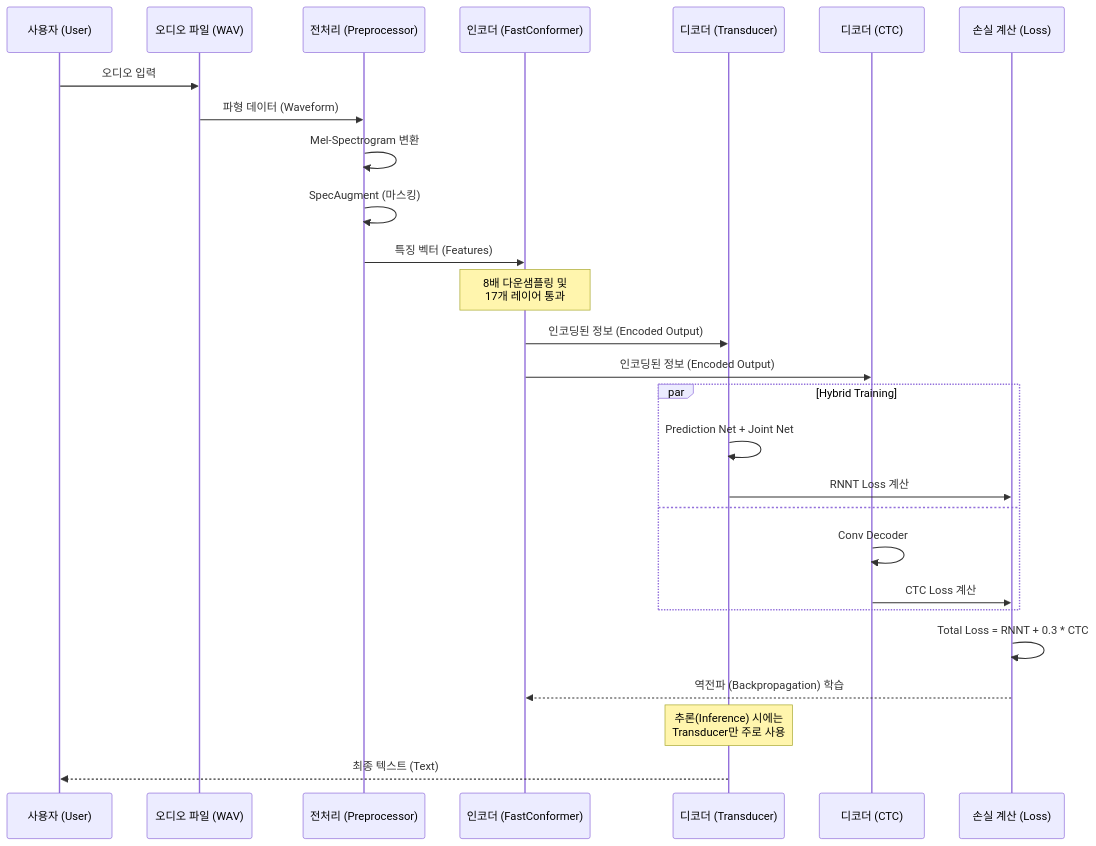
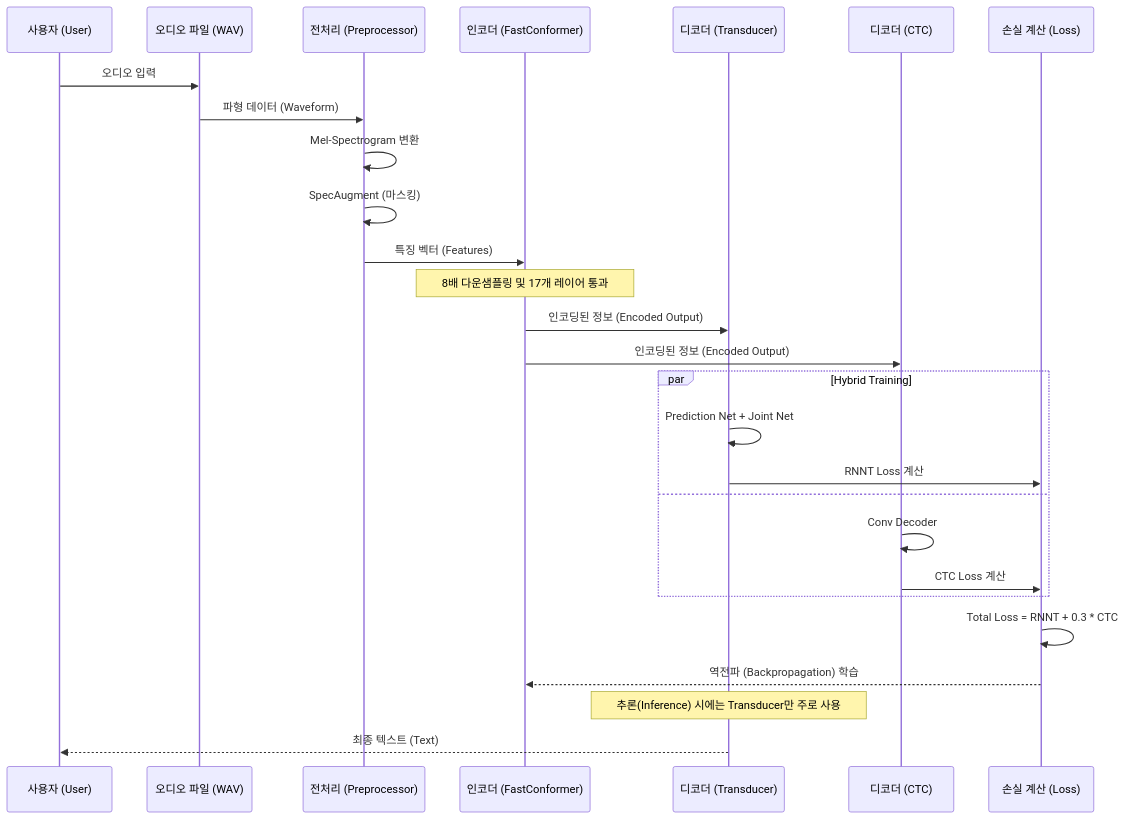
Before and after one commit to andrewjang74/NeMo: the second of 2 diagrams in docs/fastconformer_hybrid/FastConformer_Hybrid_Transducer_CTC_Design.md, drawn with Mermaid. The commit also changed other lines of this file, not shown here.

Commit message:
fix: Resolve Mermaid diagram parsing errors by replacing HTML br tags with proper syntax

````diff
--- a/docs/fastconformer_hybrid/FastConformer_Hybrid_Transducer_CTC_Design.md
+++ b/docs/fastconformer_hybrid/FastConformer_Hybrid_Transducer_CTC_Design.md
@@ -98,34 +98,34 @@
 ```mermaid
 sequenceDiagram
     participant User as 사용자 (User)
     participant Audio as 오디오 파일 (WAV)
     participant Prep as 전처리 (Preprocessor)
     participant Enc as 인코더 (FastConformer)
     participant Dec_RNNT as 디코더 (Transducer)
     participant Dec_CTC as 디코더 (CTC)
     participant Loss as 손실 계산 (Loss)
 
     User->>Audio: 오디오 입력
     Audio->>Prep: 파형 데이터 (Waveform)
     Prep->>Prep: Mel-Spectrogram 변환
     Prep->>Prep: SpecAugment (마스킹)
     Prep->>Enc: 특징 벡터 (Features)
     
-    Note over Enc: 8배 다운샘플링 및<br/>17개 레이어 통과
+    Note over Enc: 8배 다운샘플링 및#10;17개 레이어 통과
     Enc->>Dec_RNNT: 인코딩된 정보 (Encoded Output)
     Enc->>Dec_CTC: 인코딩된 정보 (Encoded Output)
     
     par Hybrid Training
         Dec_RNNT->>Dec_RNNT: Prediction Net + Joint Net
         Dec_RNNT->>Loss: RNNT Loss 계산
     and
         Dec_CTC->>Dec_CTC: Conv Decoder
         Dec_CTC->>Loss: CTC Loss 계산
     end
     
     Loss->>Loss: Total Loss = RNNT + 0.3 * CTC
     Loss-->>Enc: 역전파 (Backpropagation) 학습
     
-    Note over Dec_RNNT: 추론(Inference) 시에는<br/>Transducer만 주로 사용
+    Note over Dec_RNNT: 추론(Inference) 시에는#10;Transducer만 주로 사용
     Dec_RNNT-->>User: 최종 텍스트 (Text)
 ```
````
